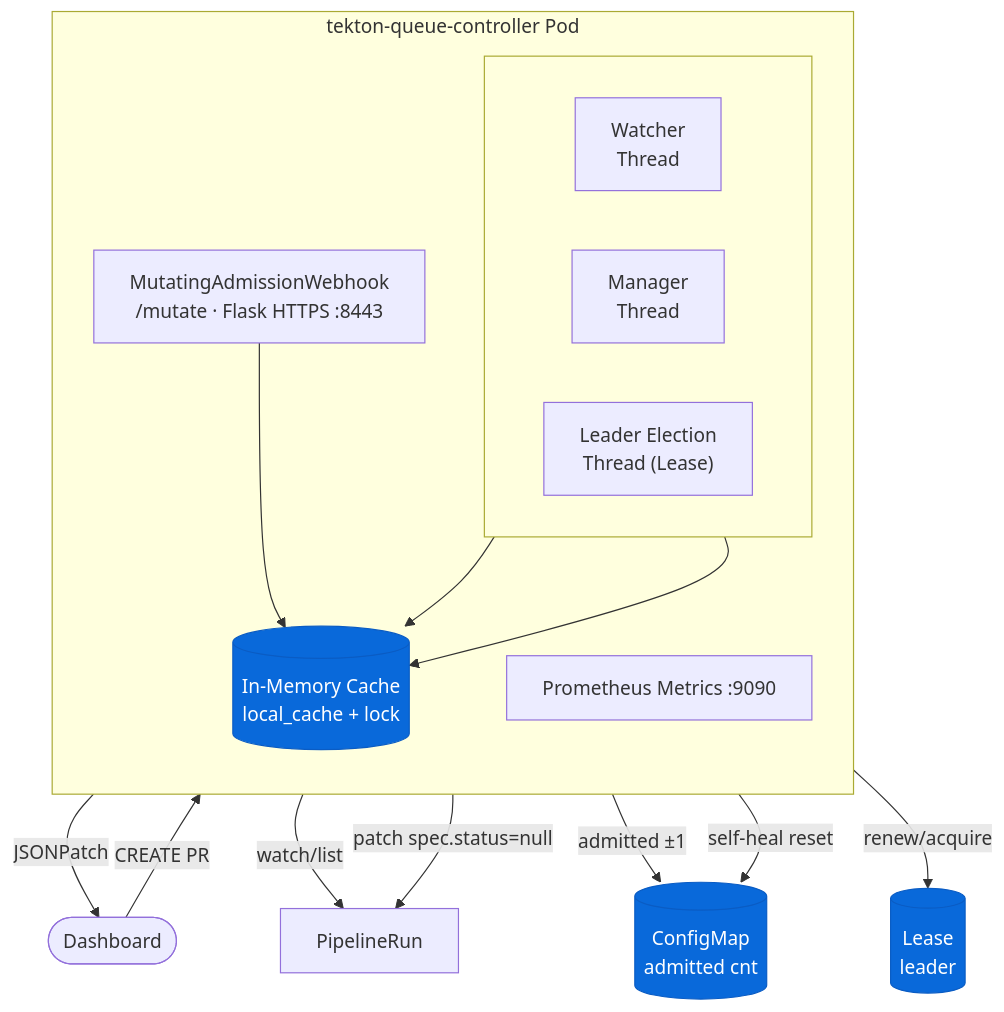
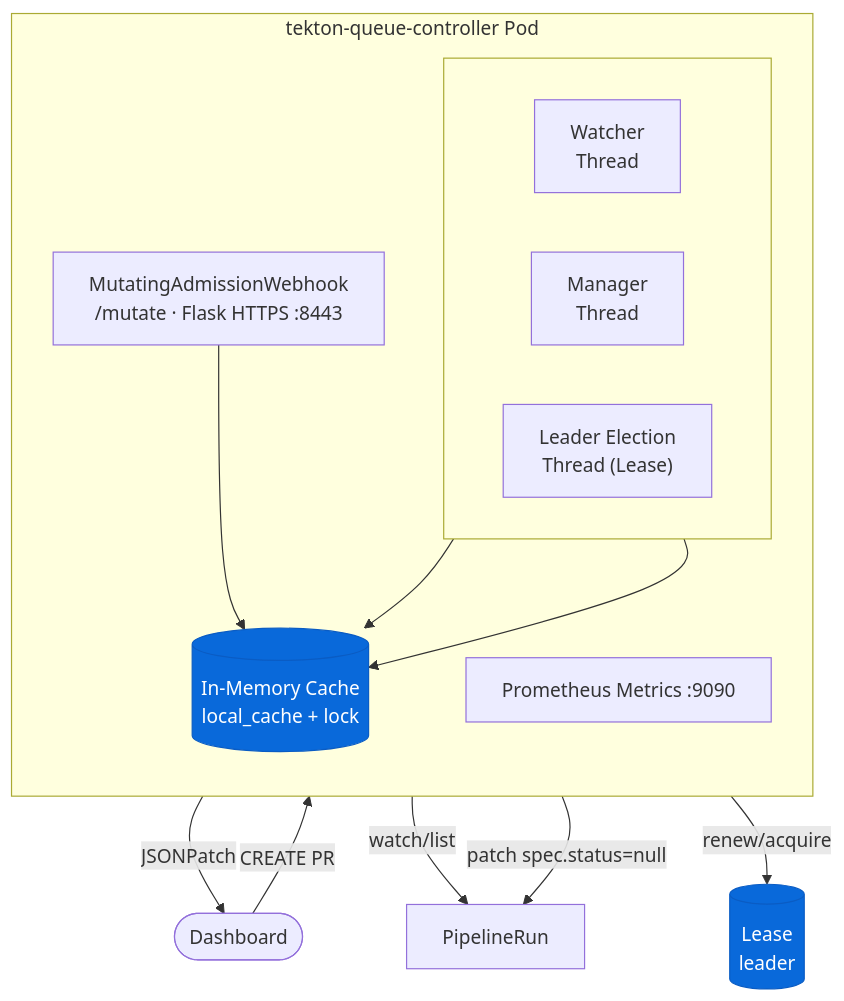
Before and after one commit to wonjune95/tekton_queue_controller: the first of 2 diagrams in docs/architecture.md, drawn with Mermaid. The commit also changed other lines of this file and 8 other files, not shown here.

````diff
--- a/docs/architecture.md
+++ b/docs/architecture.md
@@ -12,30 +12,28 @@
 ```mermaid
 flowchart TB
     DB(["Dashboard"]) -- "CREATE PR" --> WH["MutatingAdmissionWebhook<br/>/mutate · Flask HTTPS :8443"]
     WH -- "JSONPatch" --> DB
 
     subgraph Pod["tekton-queue-controller Pod"]
         direction TB
         WH
         subgraph Threads[" "]
             direction LR
             WT["Watcher<br/>Thread"]
             MG["Manager<br/>Thread"]
             LE["Leader Election<br/>Thread (Lease)"]
         end
         Cache[("In-Memory Cache<br/>local_cache + lock")]
         Met["Prometheus Metrics :9090"]
         WT --> Cache
         MG --> Cache
         WH --> Cache
     end
 
     WT -- "watch/list" --> PR["PipelineRun"]
     MG -- "patch spec.status=null" --> PR
-    WH -- "admitted ±1" --> CM[("ConfigMap<br/>admitted cnt")]
-    MG -- "self-heal reset" --> CM
     LE -- "renew/acquire" --> LS[("Lease<br/>leader")]
 
     classDef store fill:#0969da,stroke:#0a5cc4,color:#fff;
-    class Cache,CM,LS store;
+    class Cache,LS store;
 ```
````
